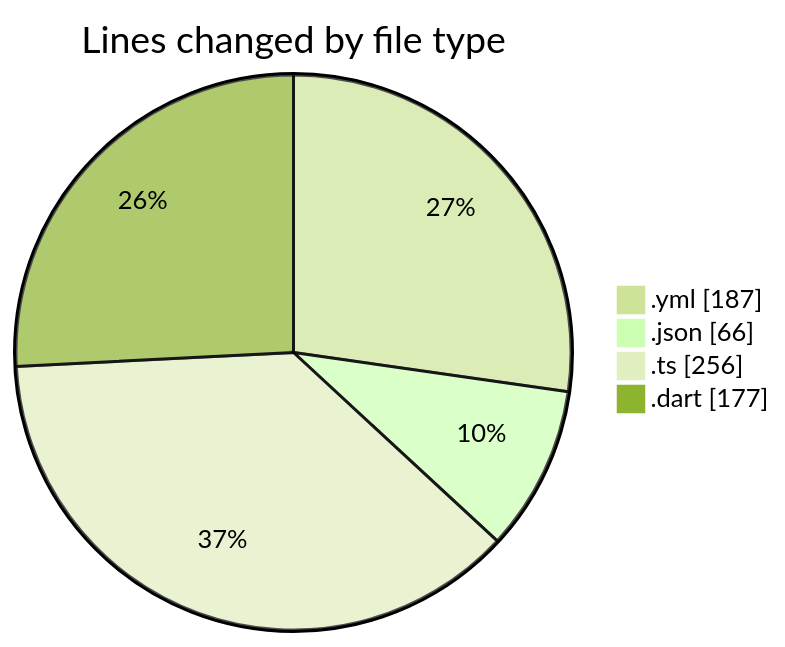
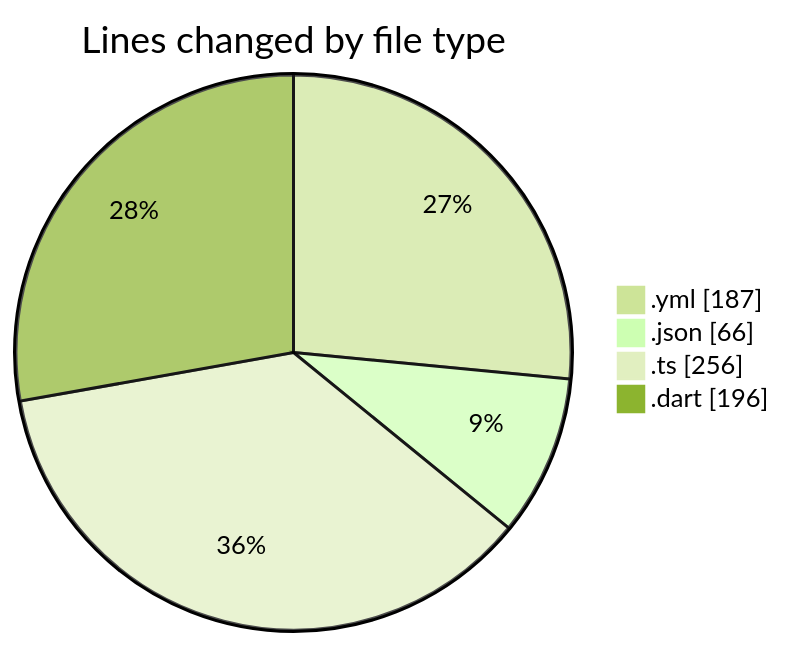
One commit to donsfak/code-tracking changed the first of 2 diagrams in 2025-02-10/maps_clone/README.md. Above: the diagram before and after it, drawn with Mermaid (forest theme). The commit also changed other lines of this file and 1 other file, not shown here.

````diff
--- a/2025-02-10/maps_clone/README.md
+++ b/2025-02-10/maps_clone/README.md
@@ -27,8 +27,8 @@
 ```mermaid
 pie showData
 title Lines changed by file type
 ".yml" : 187
 ".json" : 66
 ".ts" : 256
-".dart" : 177
+".dart" : 196
 ```
````
